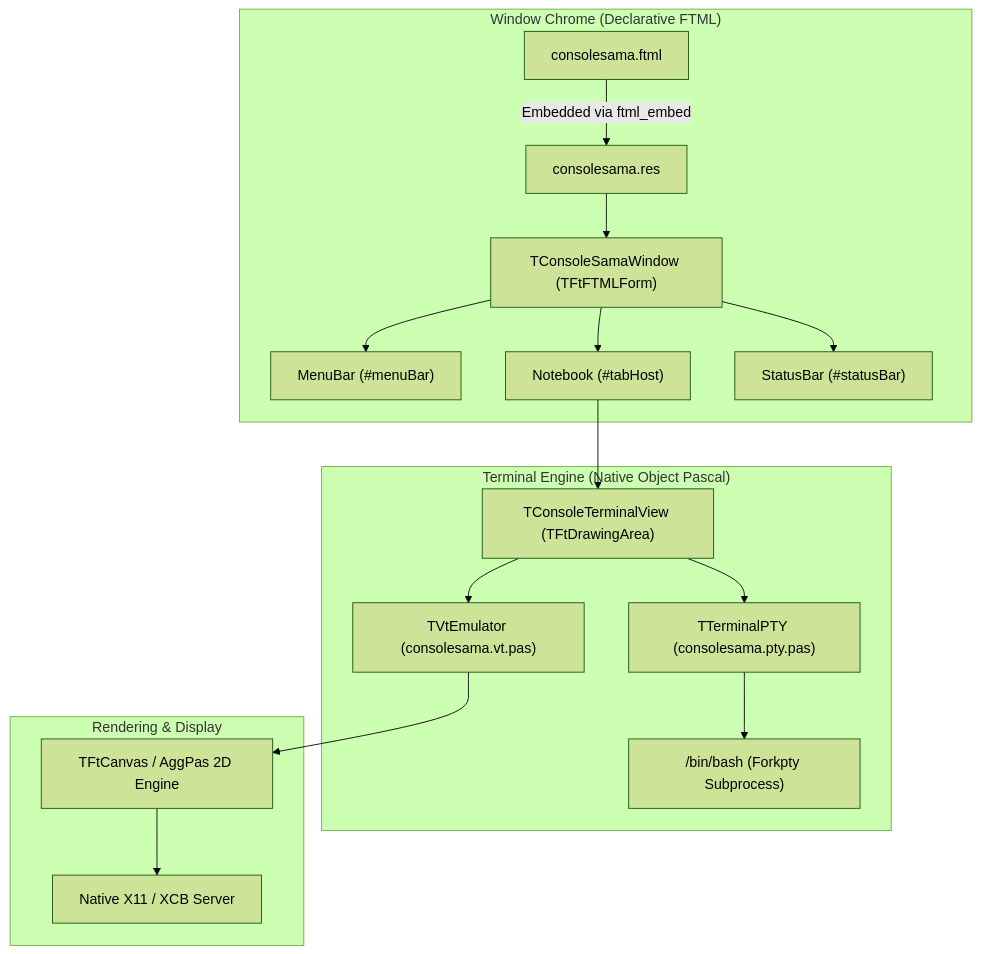
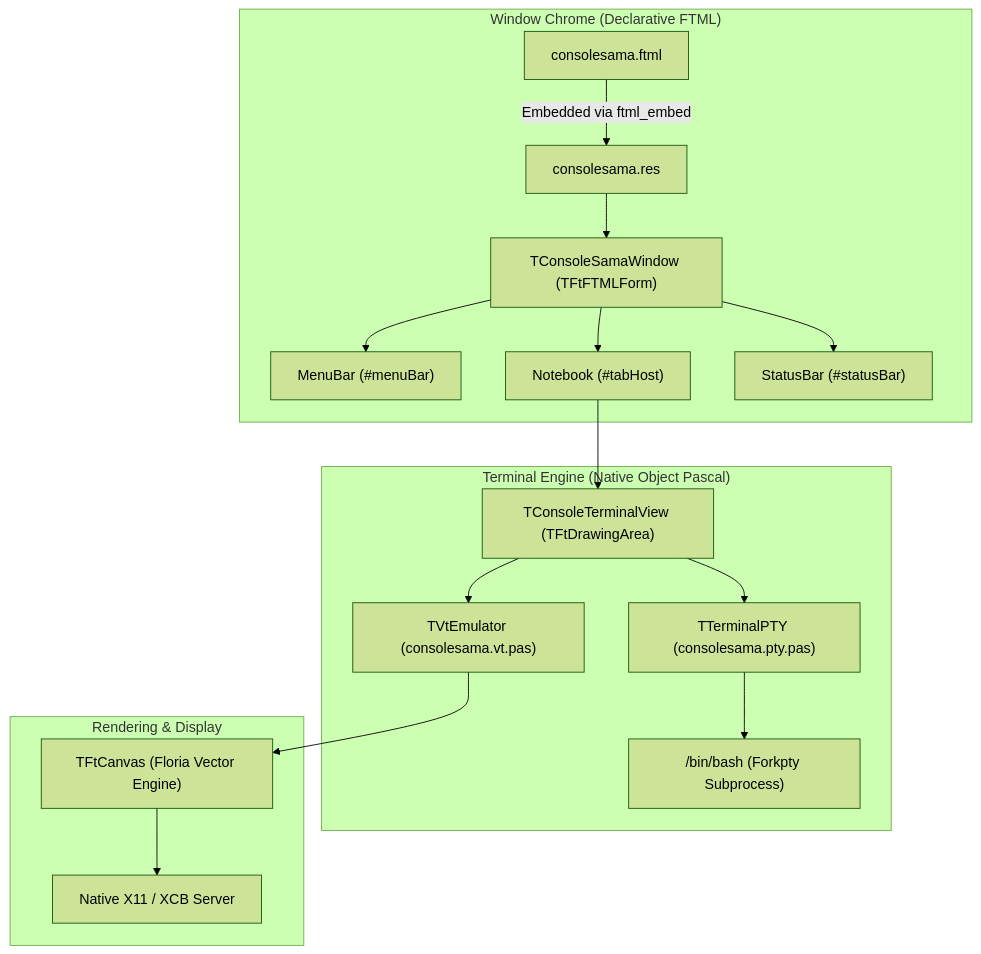
The diagram in README.md (kiranaproject/consolesama), drawn with Mermaid (forest theme) before and after one commit. The commit also changed other lines of this file, not shown here.

Commit message:
docs: remove aggpas requirement and reference Floria vector canvas

````diff
--- a/README.md
+++ b/README.md
@@ -47,22 +47,22 @@
 ```mermaid
 flowchart TD
     subgraph UI ["Window Chrome (Declarative FTML)"]
         F["consolesama.ftml"] -->|Embedded via ftml_embed| R["consolesama.res"]
         R --> W["TConsoleSamaWindow (TFtFTMLForm)"]
         W --> MB["MenuBar (#menuBar)"]
         W --> NB["Notebook (#tabHost)"]
         W --> SB["StatusBar (#statusBar)"]
     end
 
     subgraph Core ["Terminal Engine (Native Object Pascal)"]
         NB --> TView["TConsoleTerminalView (TFtDrawingArea)"]
         TView --> VT["TVtEmulator (consolesama.vt.pas)"]
         TView --> PTY["TTerminalPTY (consolesama.pty.pas)"]
         PTY --> Shell["/bin/bash (Forkpty Subprocess)"]
     end
 
     subgraph Graphics ["Rendering & Display"]
-        VT --> Canvas["TFtCanvas / AggPas 2D Engine"]
+        VT --> Canvas["TFtCanvas (Floria Vector Engine)"]
         Canvas --> X11["Native X11 / XCB Server"]
     end
 ```
````
